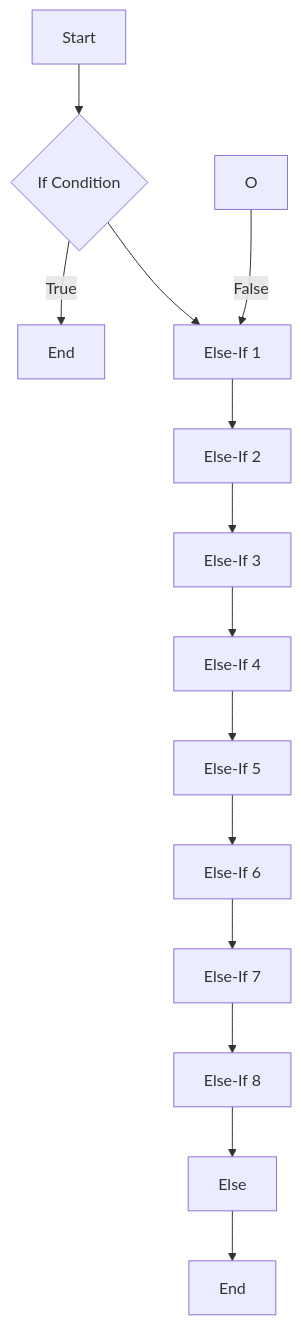
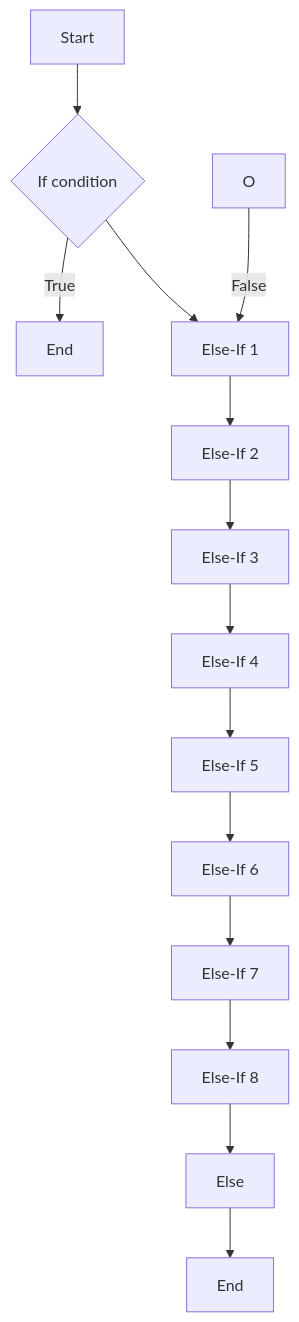
One commit to Alex-Rafter/wiki changed the third of 4 diagrams in daily/2023-05-13.md. Above: the diagram before and after it, drawn with Mermaid.

````diff
--- a/daily/2023-05-13.md
+++ b/daily/2023-05-13.md
@@ -80,19 +80,19 @@
 ```mermaid
 
 flowchart TD
-A[Start] --> B{"If Condition"}
+A[Start] --> B{"If condition"}
 B -- True --> BEnd["End"]
 O -- False --> C
 B --> C[Else-If 1]
 C --> D[Else-If 2]
 D --> E[Else-If 3]
 E --> F[Else-If 4]
 F --> G[Else-If 5]
 G --> H[Else-If 6]
 H --> I[Else-If 7]
 I --> J[Else-If 8]
 J --> K[Else]
 K --> L[End]
 
 
 ```
````
